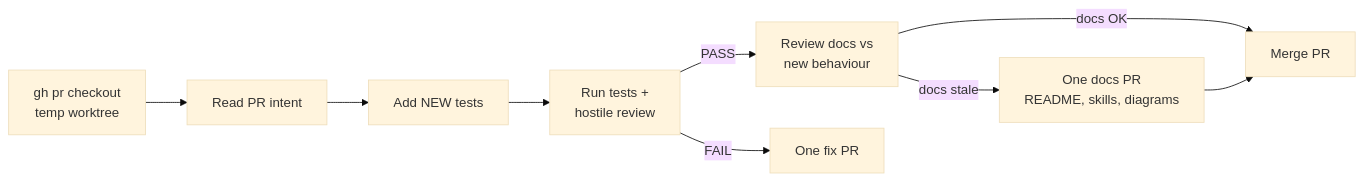
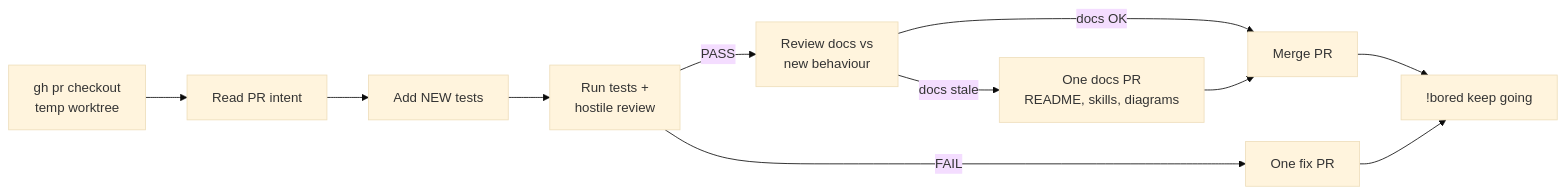
One commit to SimonBarnett/agentic_build changed the diagram in .grok/skills/bob-mrb-worker/SKILL.md. Above: the diagram before and after it, drawn with Mermaid (base theme). The commit also changed other lines of this file and 2 other files, not shown here.

Commit message:
docs: CAST IRON DONE then !bored - process MUST KEEP GOING

````diff
--- a/.grok/skills/bob-mrb-worker/SKILL.md
+++ b/.grok/skills/bob-mrb-worker/SKILL.md
@@ -40,11 +43,13 @@
 ```mermaid
 flowchart LR
   A[gh pr checkout<br/>temp worktree] --> B[Read PR intent]
   B --> C[Add NEW tests]
   C --> D[Run tests +<br/>hostile review]
   D -->|PASS| E[Review docs vs<br/>new behaviour]
   E -->|docs stale| F[One docs PR<br/>README, skills, diagrams]
   E -->|docs OK| G[Merge PR]
   F --> G
   D -->|FAIL| H[One fix PR]
+  G --> I[!bored keep going]
+  H --> I
 ```
````
